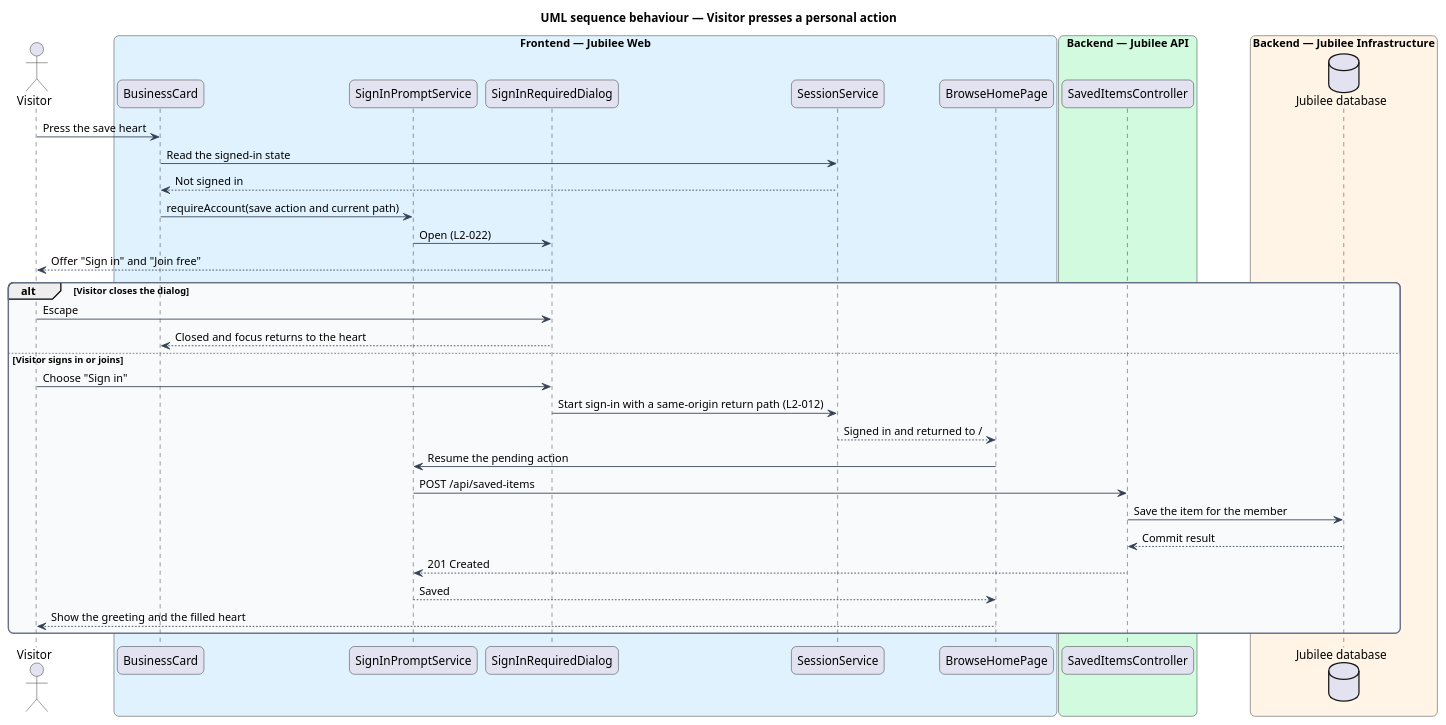
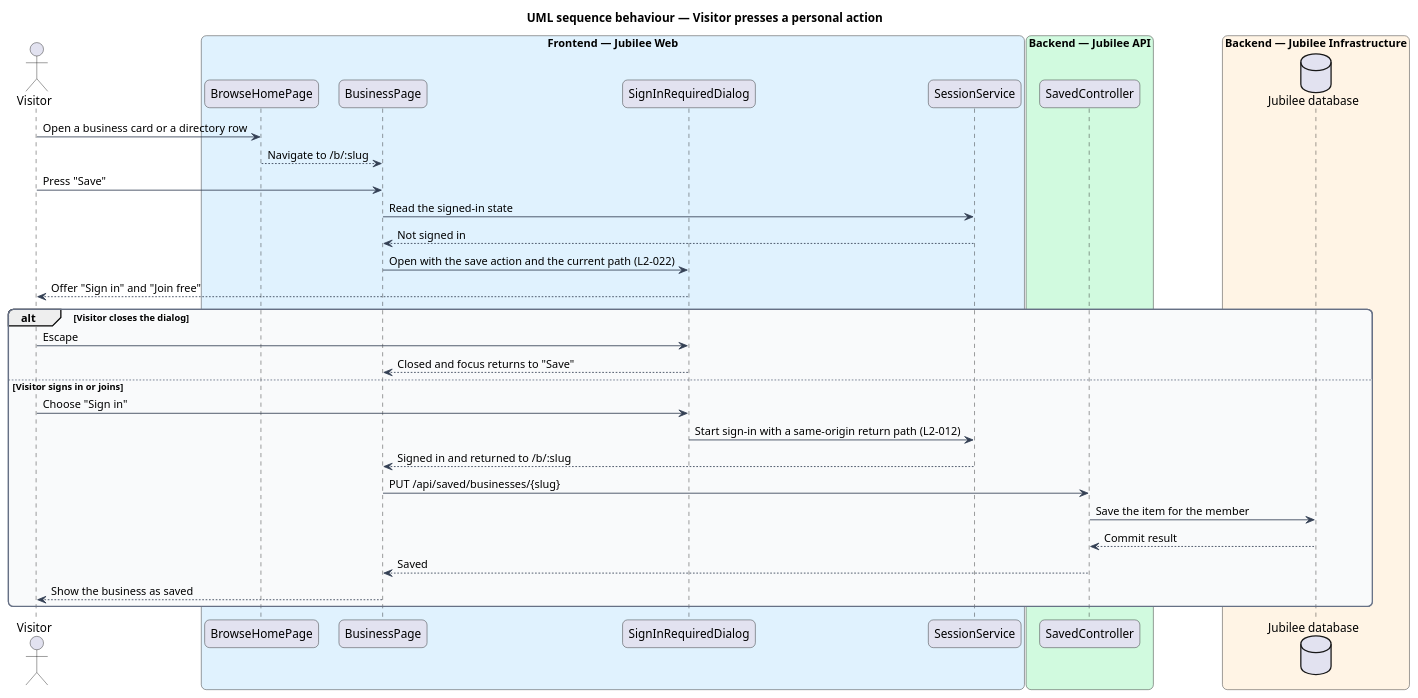
Before and after one commit to QuinntyneBrown/jubilee: the diagram in docs/detailed-designs/directory/browse-home/diagrams/sequence-visitor-action.puml, drawn with PlantUML. The commit also changed 25 other files, not shown here.

First line of the commit message:
Directory cache: the SaveChanges interceptor is the designed path (ADR 0003)

```diff
--- a/docs/detailed-designs/directory/browse-home/diagrams/sequence-visitor-action.puml
+++ b/docs/detailed-designs/directory/browse-home/diagrams/sequence-visitor-action.puml
@@ -1,54 +1,52 @@
 @startuml
 title UML sequence behaviour — Visitor presses a personal action
 skinparam backgroundColor #FFFFFF
 skinparam shadowing false
 skinparam roundcorner 12
 skinparam defaultFontName Arial
 skinparam ArrowColor #344054
 skinparam rectangle {
   BorderColor #344054
   FontColor #101828
 }
 skinparam package {
   BorderColor #667085
   FontColor #101828
   BackgroundColor #F9FAFB
 }
 
 
 actor "Visitor" as actor
 box "Frontend — Jubilee Web" #E0F2FE
-  participant "BusinessCard" as card
-  participant "SignInPromptService" as prompt
+  participant "BrowseHomePage" as page
+  participant "BusinessPage" as business
   participant "SignInRequiredDialog" as dialog
   participant "SessionService" as session
-  participant "BrowseHomePage" as page
 end box
 box "Backend — Jubilee API" #D1FADF
-  participant "SavedItemsController" as controller
+  participant "SavedController" as controller
 end box
 box "Backend — Jubilee Infrastructure" #FFF4E5
   database "Jubilee database" as db
 end box
-actor -> card : Press the save heart
-card -> session : Read the signed-in state
-session --> card : Not signed in
-card -> prompt : requireAccount(save action and current path)
-prompt -> dialog : Open (L2-022)
+actor -> page : Open a business card or a directory row
+page --> business : Navigate to /b/:slug
+actor -> business : Press "Save"
+business -> session : Read the signed-in state
+session --> business : Not signed in
+business -> dialog : Open with the save action and the current path (L2-022)
 dialog --> actor : Offer "Sign in" and "Join free"
 alt Visitor closes the dialog
   actor -> dialog : Escape
-  dialog --> card : Closed and focus returns to the heart
+  dialog --> business : Closed and focus returns to "Save"
 else Visitor signs in or joins
   actor -> dialog : Choose "Sign in"
   dialog -> session : Start sign-in with a same-origin return path (L2-012)
-  session --> page : Signed in and returned to /
-  page -> prompt : Resume the pending action
-  prompt -> controller : POST /api/saved-items
+  session --> business : Signed in and returned to /b/:slug
+  business -> controller : PUT /api/saved/businesses/{slug}
   controller -> db : Save the item for the member
   db --> controller : Commit result
-  controller --> prompt : 201 Created
-  prompt --> page : Saved
-  page --> actor : Show the greeting and the filled heart
+  controller --> business : Saved
+  business --> actor : Show the business as saved
 end
 @enduml
```
